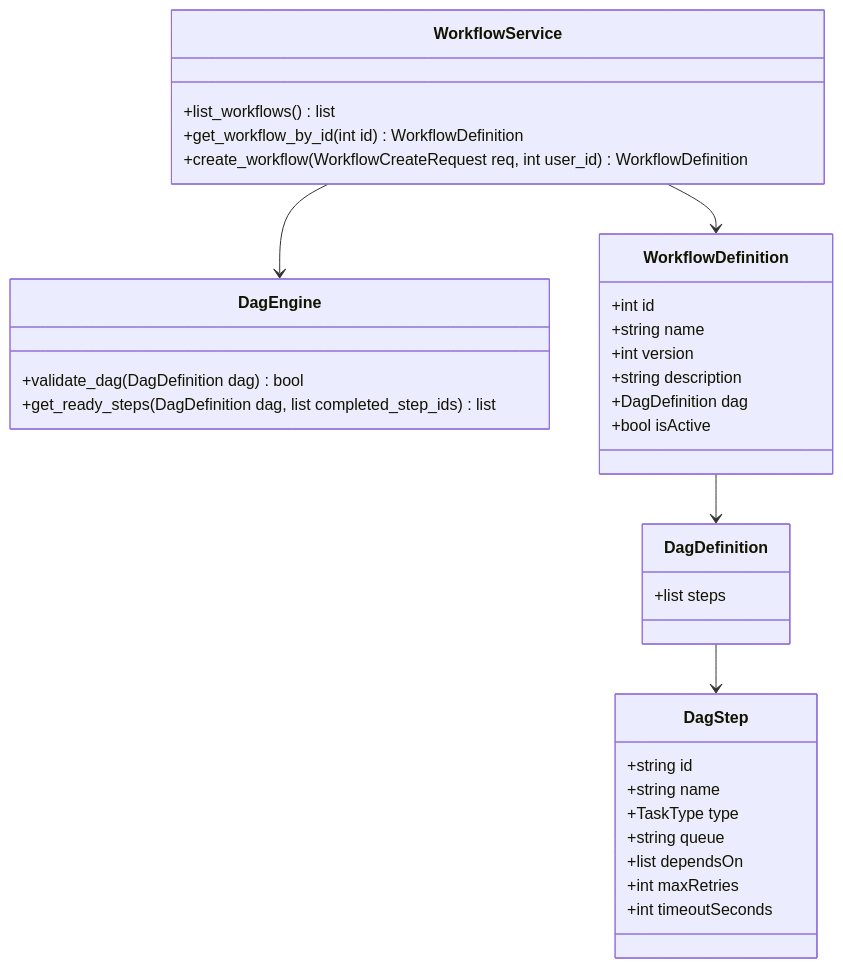
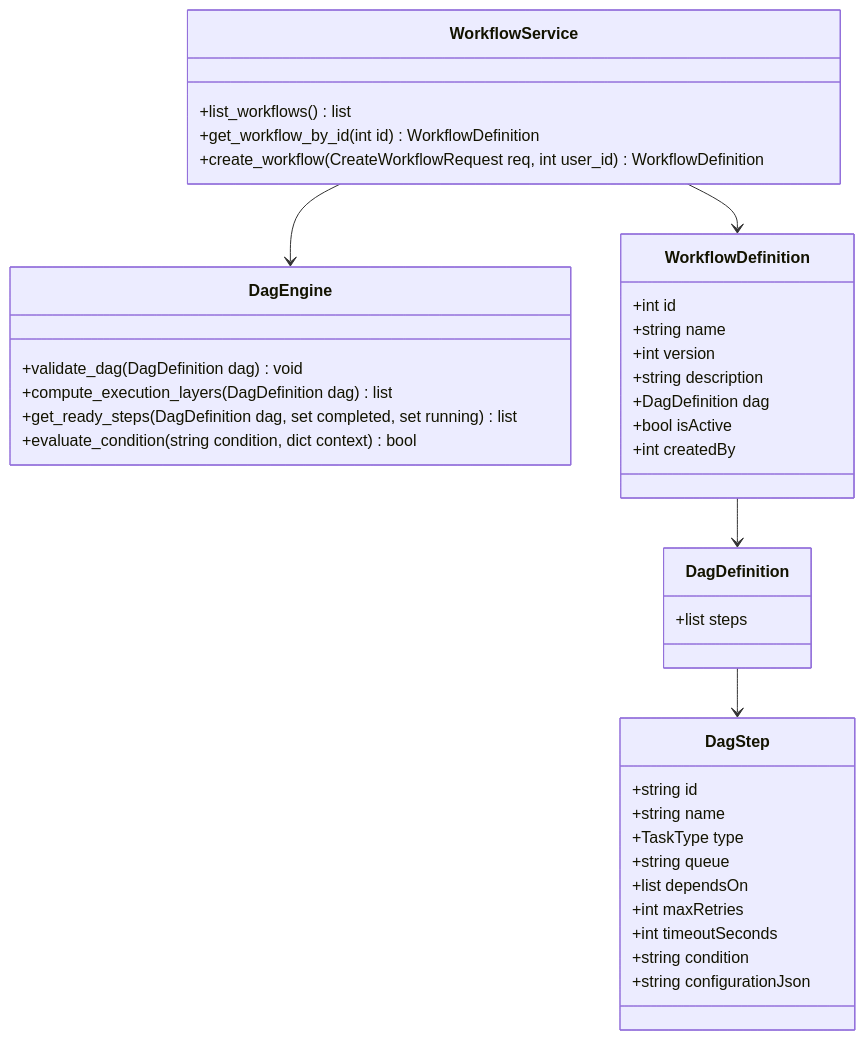
The ninth of 11 diagrams in README.md (AnCoder1310/FlowForge), drawn with Mermaid before and after one commit. The commit also changed other lines of this file and 88 other files, not shown here.

````diff
--- a/README.md
+++ b/README.md
@@ -574,43 +732,48 @@
 ```mermaid
 classDiagram
     direction TB
 
     class DagEngine {
-        +validate_dag(DagDefinition dag) bool
-        +get_ready_steps(DagDefinition dag, list completed_step_ids) list
+        +validate_dag(DagDefinition dag) void
+        +compute_execution_layers(DagDefinition dag) list
+        +get_ready_steps(DagDefinition dag, set completed, set running) list
+        +evaluate_condition(string condition, dict context) bool
     }
 
     class DagDefinition {
         +list steps
     }
 
     class DagStep {
         +string id
         +string name
         +TaskType type
         +string queue
         +list dependsOn
         +int maxRetries
         +int timeoutSeconds
+        +string condition
+        +string configurationJson
     }
 
     class WorkflowService {
         +list_workflows() list
         +get_workflow_by_id(int id) WorkflowDefinition
-        +create_workflow(WorkflowCreateRequest req, int user_id) WorkflowDefinition
+        +create_workflow(CreateWorkflowRequest req, int user_id) WorkflowDefinition
     }
 
     class WorkflowDefinition {
         +int id
         +string name
         +int version
         +string description
         +DagDefinition dag
         +bool isActive
+        +int createdBy
     }
 
     WorkflowService --> DagEngine
     WorkflowService --> WorkflowDefinition
     WorkflowDefinition --> DagDefinition
     DagDefinition --> DagStep
 ```
````
